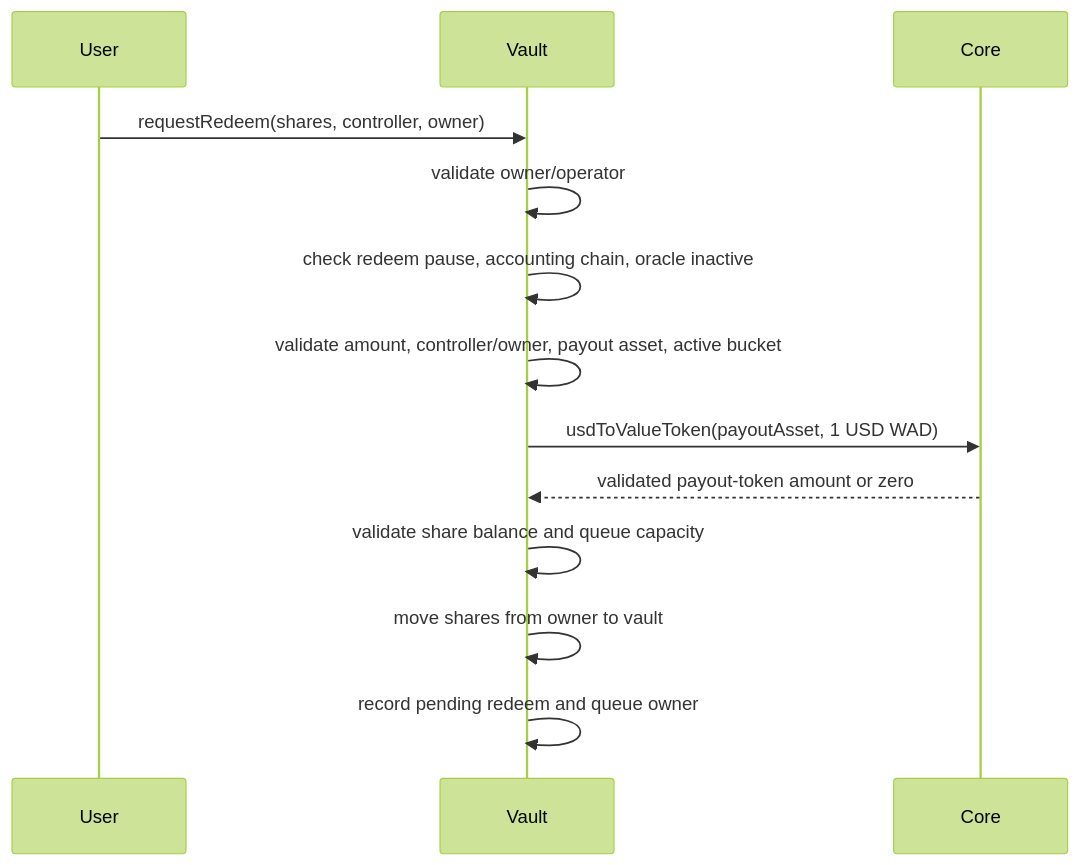
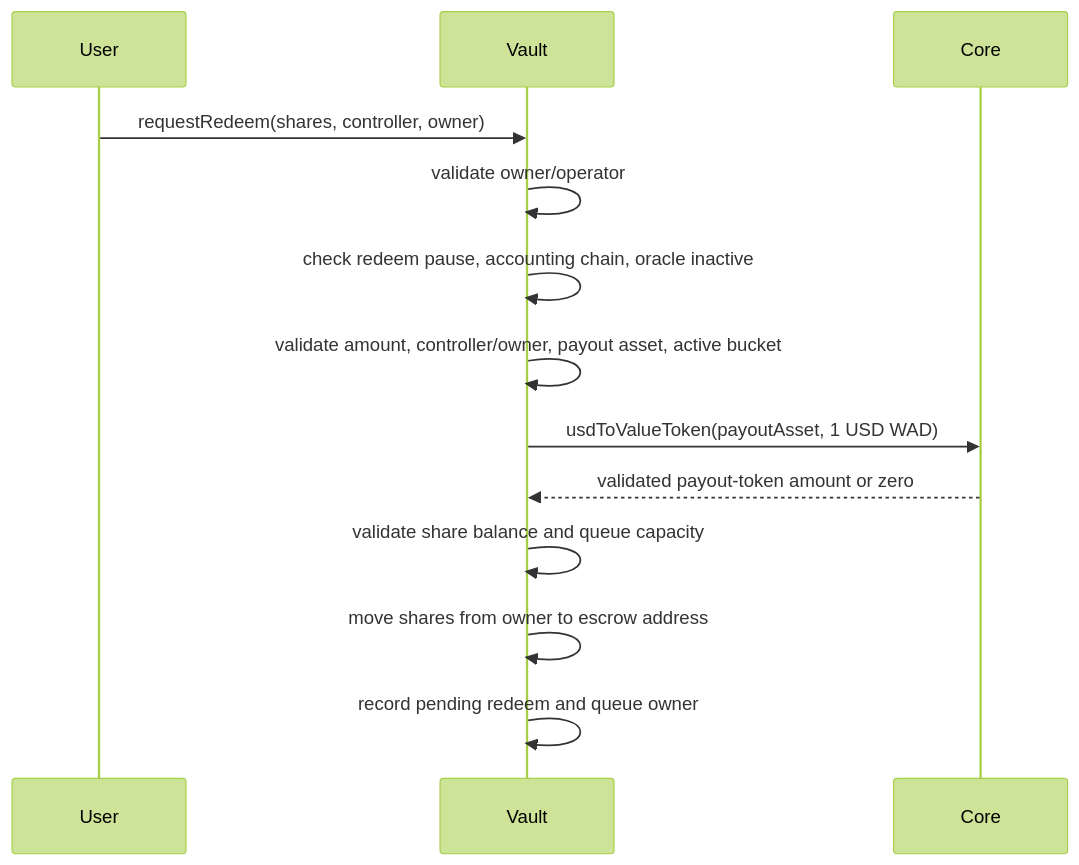
Before and after one commit to UFarmDigital/UFarm-EVM-Contracts: the third of 5 diagrams in ARCHITECTURE.md, drawn with Mermaid (forest theme). The commit also changed other lines of this file and 10 other files, not shown here.

````diff
--- a/ARCHITECTURE.md
+++ b/ARCHITECTURE.md
@@ -310,16 +312,16 @@
 ```mermaid
 sequenceDiagram
     participant User
     participant Vault
     participant Core
 
     User->>Vault: requestRedeem(shares, controller, owner)
     Vault->>Vault: validate owner/operator
     Vault->>Vault: check redeem pause, accounting chain, oracle inactive
     Vault->>Vault: validate amount, controller/owner, payout asset, active bucket
     Vault->>Core: usdToValueToken(payoutAsset, 1 USD WAD)
     Core-->>Vault: validated payout-token amount or zero
     Vault->>Vault: validate share balance and queue capacity
-    Vault->>Vault: move shares from owner to vault
+    Vault->>Vault: move shares from owner to escrow address
     Vault->>Vault: record pending redeem and queue owner
 ```
````
